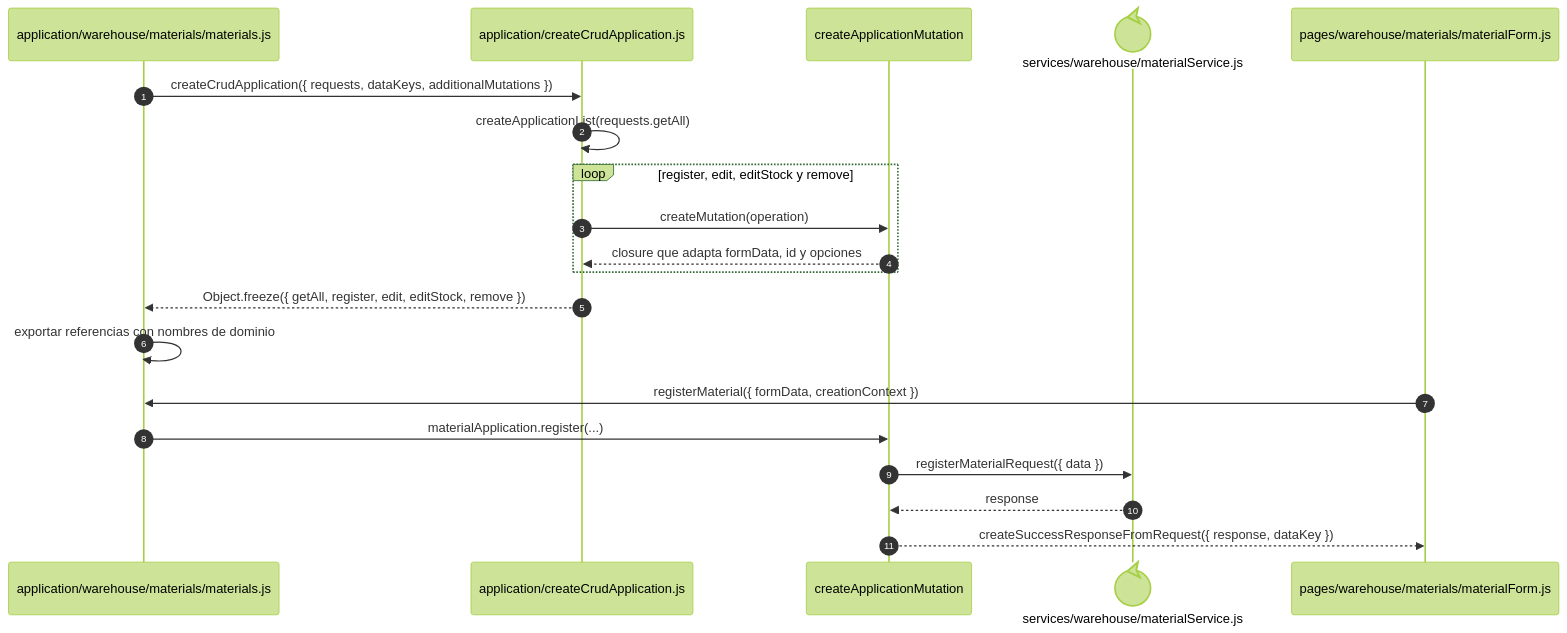
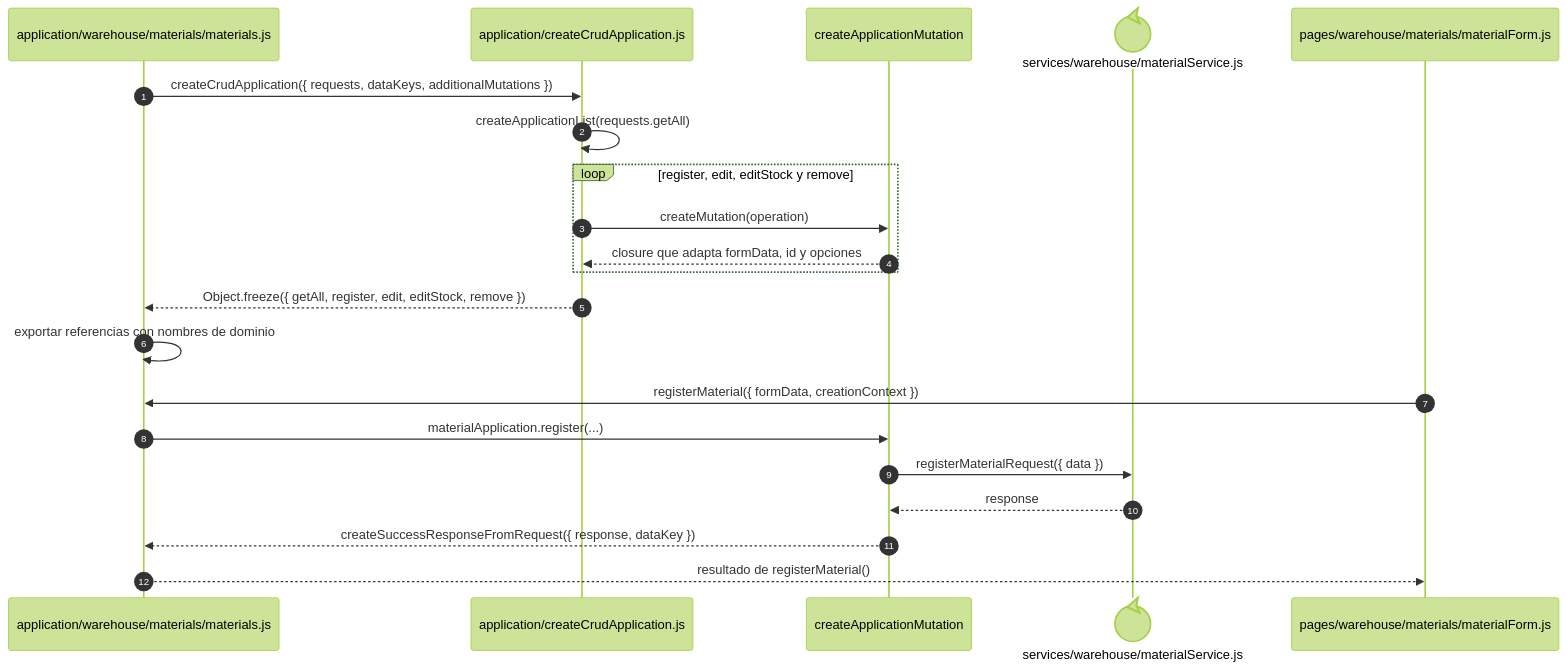
One commit to gpgsistemas01/nexus changed the third of 5 diagrams in docs/architecture/views/development/design-and-construction-patterns/04-catalog-visual-of-patterns-applied.md. Above: the diagram before and after it, drawn with Mermaid (forest theme). The commit also changed other lines of this file and 132 other files, not shown here.

````diff
--- a/docs/architecture/views/development/design-and-construction-patterns/04-catalog-visual-of-patterns-applied.md
+++ b/docs/architecture/views/development/design-and-construction-patterns/04-catalog-visual-of-patterns-applied.md
@@ -112,23 +112,24 @@
 ```mermaid
 sequenceDiagram
     autonumber
     participant Module as application/warehouse/materials/materials.js
     participant Factory as application/createCrudApplication.js
     participant Mutation as createApplicationMutation
     participant Request@{ "type": "control" } as services/warehouse/materialService.js
     participant Page as pages/warehouse/materials/materialForm.js
 
     Module->>Factory: createCrudApplication({ requests, dataKeys, additionalMutations })
     Factory->>Factory: createApplicationList(requests.getAll)
     loop register, edit, editStock y remove
         Factory->>Mutation: createMutation(operation)
         Mutation-->>Factory: closure que adapta formData, id y opciones
     end
     Factory-->>Module: Object.freeze({ getAll, register, edit, editStock, remove })
     Module->>Module: exportar referencias con nombres de dominio
     Page->>Module: registerMaterial({ formData, creationContext })
     Module->>Mutation: materialApplication.register(...)
     Mutation->>Request: registerMaterialRequest({ data })
     Request-->>Mutation: response
-    Mutation-->>Page: createSuccessResponseFromRequest({ response, dataKey })
+    Mutation-->>Module: createSuccessResponseFromRequest({ response, dataKey })
+    Module-->>Page: resultado de registerMaterial()
 ```
````
